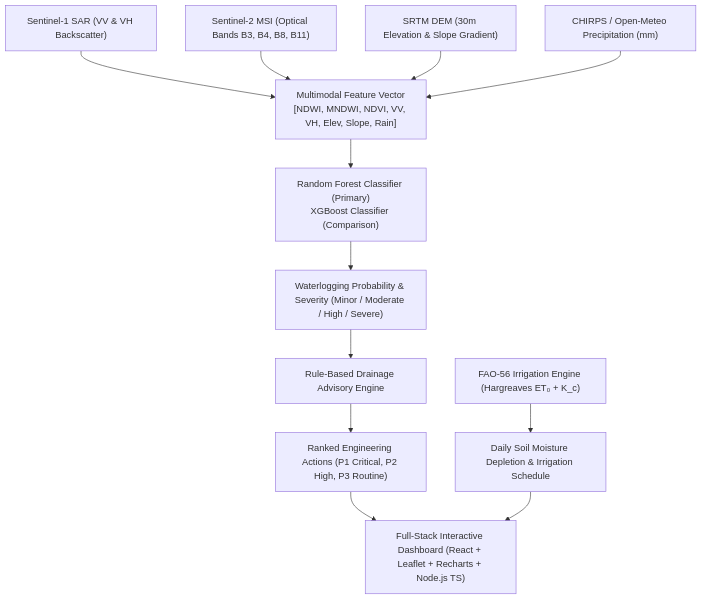
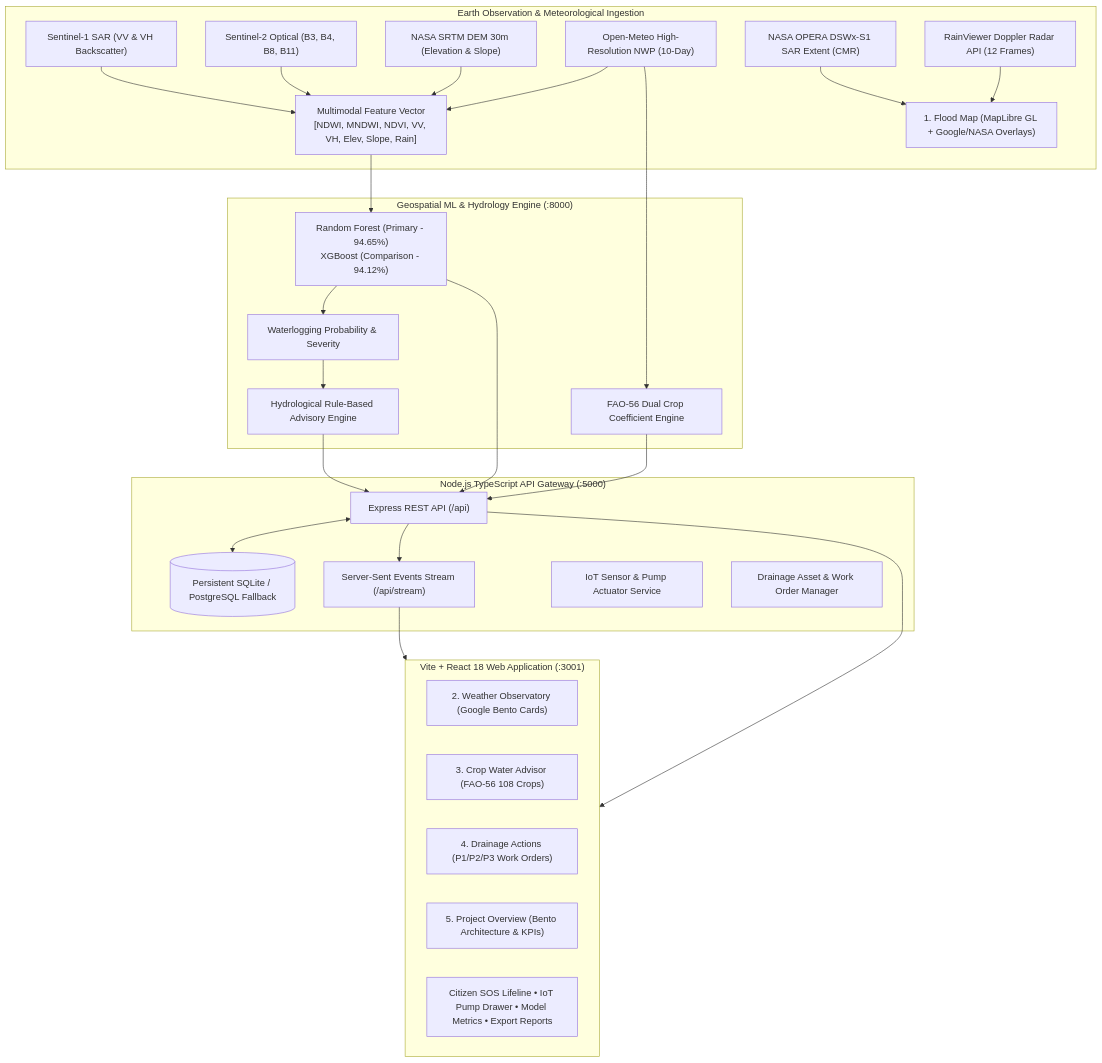
One commit to Pavan16904/waterlogging_jaladrishti changed the diagram in README.md. Above: the diagram before and after it, drawn with Mermaid. The commit also changed other lines of this file, not shown here.

````diff
--- a/README.md
+++ b/README.md
@@ -24,18 +56,43 @@
 ```mermaid
 graph TD
-    S1["Sentinel-1 SAR (VV & VH Backscatter)"] --> FE["Multimodal Feature Vector<br/>[NDWI, MNDWI, NDVI, VV, VH, Elev, Slope, Rain]"]
-    S2["Sentinel-2 MSI (Optical Bands B3, B4, B8, B11)"] --> FE
-    DEM["SRTM DEM (30m Elevation & Slope Gradient)"] --> FE
-    RAIN["CHIRPS / Open-Meteo Precipitation (mm)"] --> FE
+    subgraph EO["Earth Observation & Meteorological Ingestion"]
+        S1["Sentinel-1 SAR (VV & VH Backscatter)"] --> FE["Multimodal Feature Vector<br/>[NDWI, MNDWI, NDVI, VV, VH, Elev, Slope, Rain]"]
+        S2["Sentinel-2 Optical (B3, B4, B8, B11)"] --> FE
+        DEM["NASA SRTM DEM 30m (Elevation & Slope)"] --> FE
+        MET["Open-Meteo High-Resolution NWP (10-Day)"] --> FE
+        OPERA["NASA OPERA DSWx-S1 SAR Extent (CMR)"] --> MAP
+        RADAR["RainViewer Doppler Radar API (12 Frames)"] --> MAP
+    end
 
-    FE --> ML["Random Forest Classifier (Primary)<br/>XGBoost Classifier (Comparison)"]
-    ML --> PROB["Waterlogging Probability & Severity (Minor / Moderate / High / Severe)"]
-    
-    PROB --> DRAIN["Rule-Based Drainage Advisory Engine"]
-    DRAIN --> REC["Ranked Engineering Actions (P1 Critical, P2 High, P3 Routine)"]
+    subgraph ML["Geospatial ML & Hydrology Engine (:8000)"]
+        FE --> CLF["Random Forest (Primary - 94.65%)<br/>XGBoost (Comparison - 94.12%)"]
+        CLF --> PROB["Waterlogging Probability & Severity"]
+        PROB --> DRAIN["Hydrological Rule-Based Advisory Engine"]
+        MET --> FAO["FAO-56 Dual Crop Coefficient Engine"]
+    end
 
-    FAO["FAO-56 Irrigation Engine (Hargreaves ET₀ + K_c)"] --> IRRIG["Daily Soil Moisture Depletion & Irrigation Schedule"]
-    
-    REC --> UI["Full-Stack Interactive Dashboard (React + Leaflet + Recharts + Node.js TS)"]
-    IRRIG --> UI
+    subgraph GATEWAY["Node.js TypeScript API Gateway (:5000)"]
+        EXPRESS["Express REST API (/api)"]
+        SSE["Server-Sent Events Stream (/api/stream)"]
+        DB[(Persistent SQLite / PostgreSQL Fallback)]
+        IOT_SRV["IoT Sensor & Pump Actuator Service"]
+        DRAIN_SRV["Drainage Asset & Work Order Manager"]
+    end
+
+    subgraph UI["Vite + React 18 Web Application (:3001)"]
+        MAP["1. Flood Map (MapLibre GL + Google/NASA Overlays)"]
+        WX["2. Weather Observatory (Google Bento Cards)"]
+        CROP["3. Crop Water Advisor (FAO-56 108 Crops)"]
+        DRN["4. Drainage Actions (P1/P2/P3 Work Orders)"]
+        OVR["5. Project Overview (Bento Architecture & KPIs)"]
+        MODALS["Citizen SOS Lifeline • IoT Pump Drawer • Model Metrics • Export Reports"]
+    end
+
+    CLF --> EXPRESS
+    DRAIN --> EXPRESS
+    FAO --> EXPRESS
+    EXPRESS <--> DB
+    EXPRESS --> SSE
+    SSE --> UI
+    EXPRESS --> UI
 ```
````
